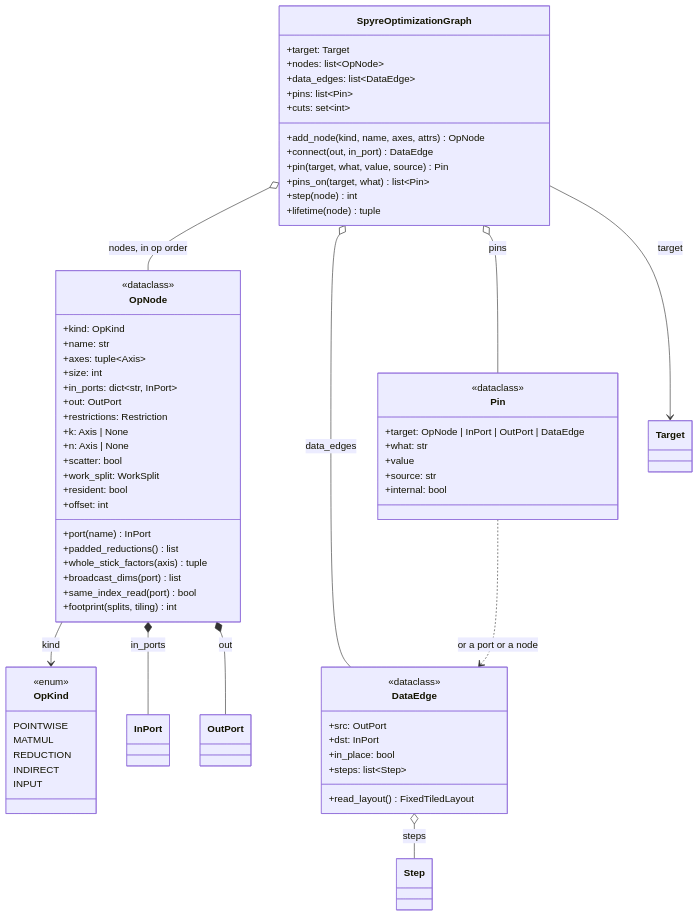
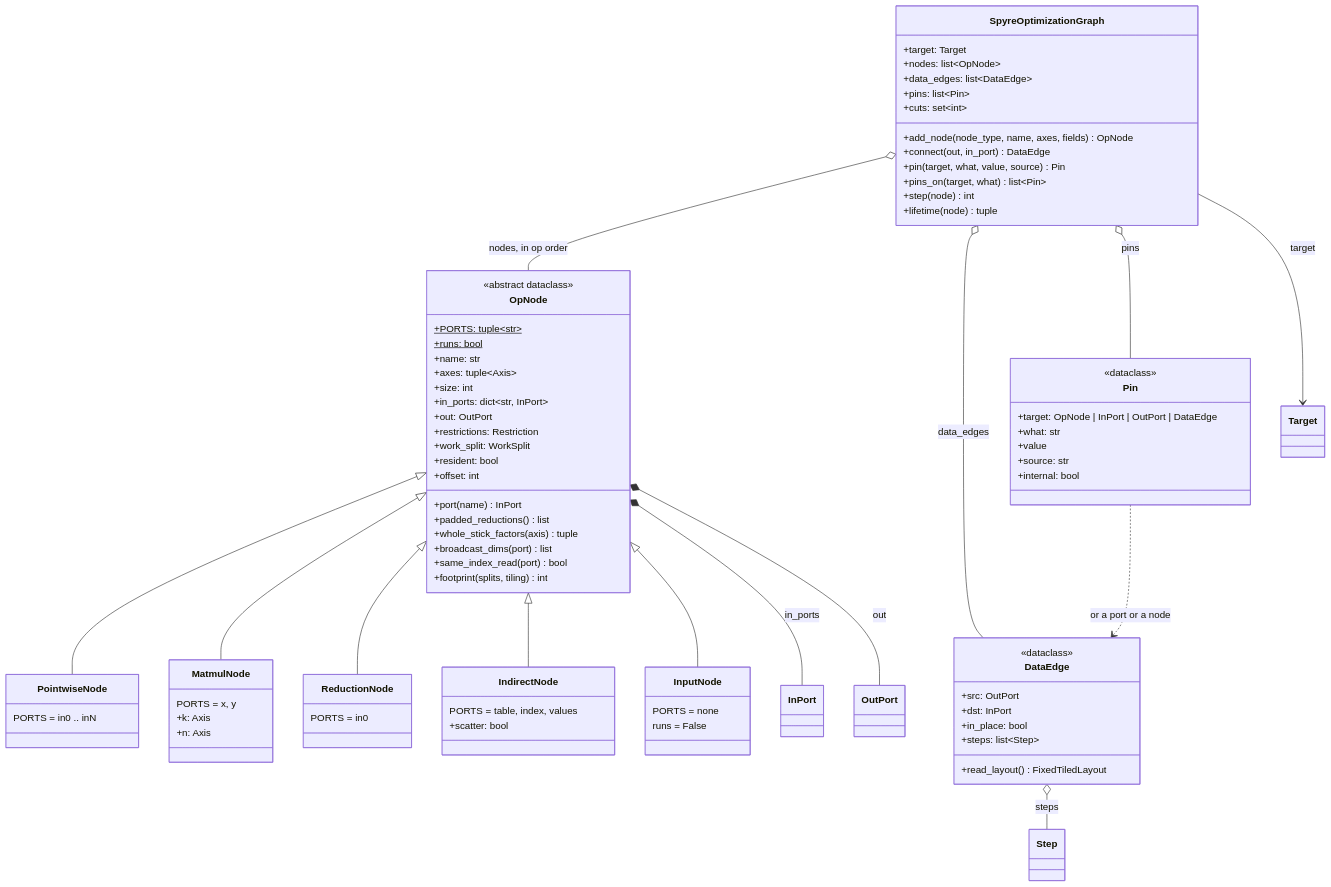
The first of 6 diagrams in plans/lx-allocator.md (spectre-ns/spyre-roadmap), drawn with Mermaid before and after one commit. The commit also changed other lines of this file, not shown here.

First line of the commit message:
Restore node subclasses, keep the per-card op factory

```diff
--- a/plans/lx-allocator.md
+++ b/plans/lx-allocator.md
@@ -85,7 +87,7 @@
         +data_edges: list~DataEdge~
         +pins: list~Pin~
         +cuts: set~int~
-        +add_node(kind, name, axes, attrs) OpNode
+        +add_node(node_type, name, axes, fields) OpNode
         +connect(out, in_port) DataEdge
         +pin(target, what, value, source) Pin
         +pins_on(target, what) list~Pin~
@@ -93,17 +95,15 @@
         +lifetime(node) tuple
     }
     class OpNode {
-        <<dataclass>>
-        +kind: OpKind
+        <<abstract dataclass>>
+        +PORTS: tuple~str~$
+        +runs: bool$
         +name: str
         +axes: tuple~Axis~
         +size: int
         +in_ports: dict~str, InPort~
         +out: OutPort
         +restrictions: Restriction
-        +k: Axis | None
-        +n: Axis | None
-        +scatter: bool
         +work_split: WorkSplit
         +resident: bool
         +offset: int
@@ -114,13 +114,24 @@
         +same_index_read(port) bool
         +footprint(splits, tiling) int
     }
-    class OpKind {
-        <<enum>>
-        POINTWISE
-        MATMUL
-        REDUCTION
-        INDIRECT
-        INPUT
+    class PointwiseNode {
+        PORTS = in0 .. inN
+    }
+    class MatmulNode {
+        PORTS = x, y
+        +k: Axis
+        +n: Axis
+    }
+    class ReductionNode {
+        PORTS = in0
+    }
+    class IndirectNode {
+        PORTS = table, index, values
+        +scatter: bool
+    }
+    class InputNode {
+        PORTS = none
+        runs = False
     }
     class DataEdge {
         <<dataclass>>
@@ -147,7 +158,11 @@
     SpyreOptimizationGraph o-- DataEdge : data_edges
     SpyreOptimizationGraph o-- Pin : pins
     SpyreOptimizationGraph --> Target : target
-    OpNode --> OpKind : kind
+    OpNode <|-- PointwiseNode
+    OpNode <|-- MatmulNode
+    OpNode <|-- ReductionNode
+    OpNode <|-- IndirectNode
+    OpNode <|-- InputNode
     OpNode *-- InPort : in_ports
     OpNode *-- OutPort : out
     DataEdge o-- Step : steps
```
